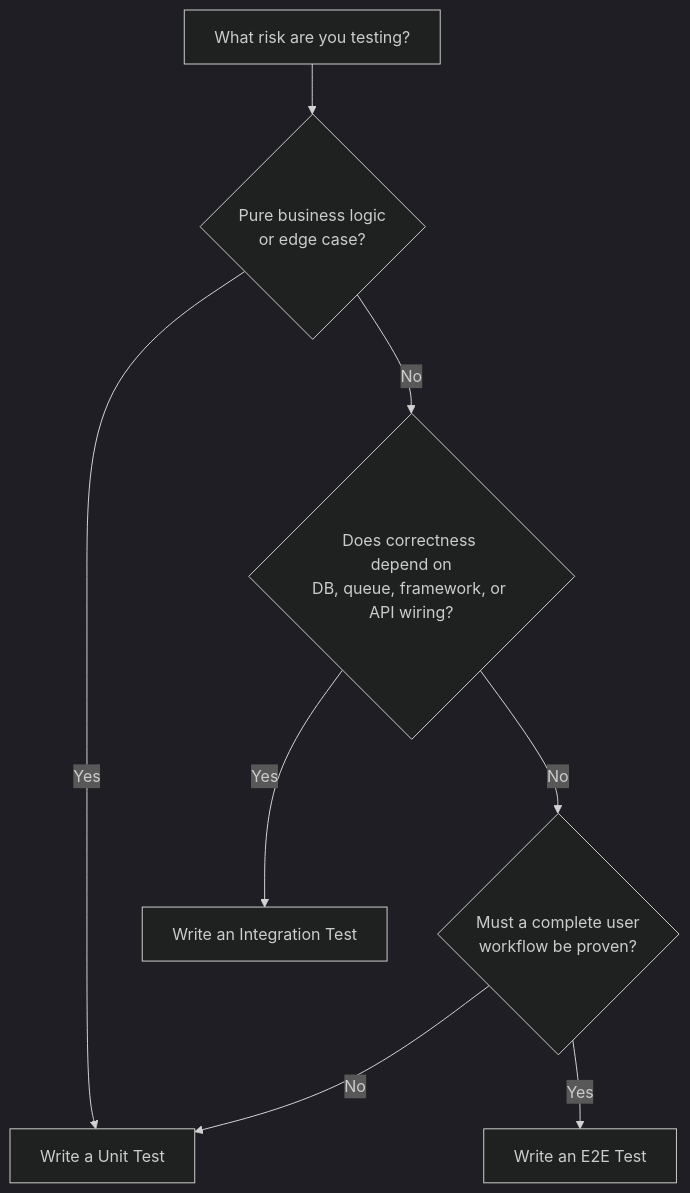
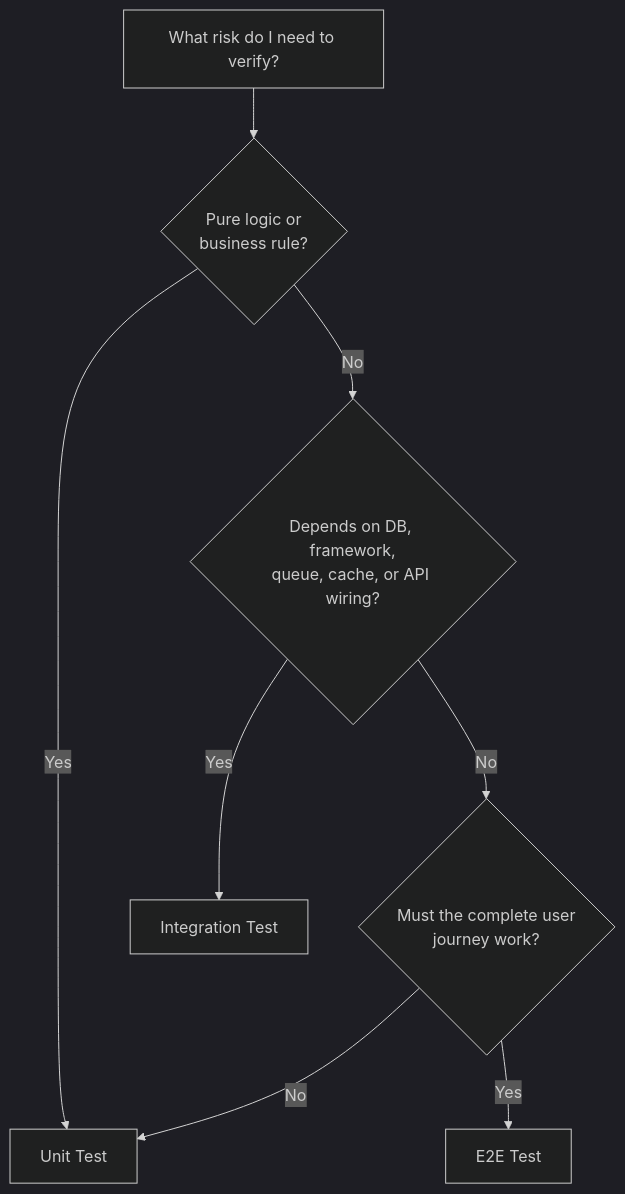
The first of 7 diagrams in src/content/testing/unit-integration-e2e.md (AvadhBhalodiya/Interview-Preparation), drawn with Mermaid (dark theme) before and after one commit. The commit also changed other lines of this file and 54 other files, not shown here.

First line of the commit message:
Refactor testing documentation: clarify test boundaries and improve structure

````diff
--- a/src/content/testing/unit-integration-e2e.md
+++ b/src/content/testing/unit-integration-e2e.md
@@ -22,19 +21,20 @@
 ```mermaid
 flowchart TD
-    START[What risk are you testing?]
-    LOGIC{Pure business logic<br/>or edge case?}
-    BOUNDARY{Does correctness depend on<br/>DB, queue, framework, or API wiring?}
-    JOURNEY{Must a complete user<br/>workflow be proven?}
+    RISK[What risk do I need to verify?]
 
-    UNIT[Write a Unit Test]
-    INT[Write an Integration Test]
-    E2E[Write an E2E Test]
+    LOGIC{Pure logic or<br/>business rule?}
+    BOUNDARY{Depends on DB, framework,<br/>queue, cache, or API wiring?}
+    JOURNEY{Must the complete user<br/>journey work?}
 
-    START --> LOGIC
+    UNIT[Unit Test]
+    INT[Integration Test]
+    E2E[E2E Test]
+
+    RISK --> LOGIC
     LOGIC -- Yes --> UNIT
     LOGIC -- No --> BOUNDARY
     BOUNDARY -- Yes --> INT
     BOUNDARY -- No --> JOURNEY
     JOURNEY -- Yes --> E2E
     JOURNEY -- No --> UNIT
 ```
````
